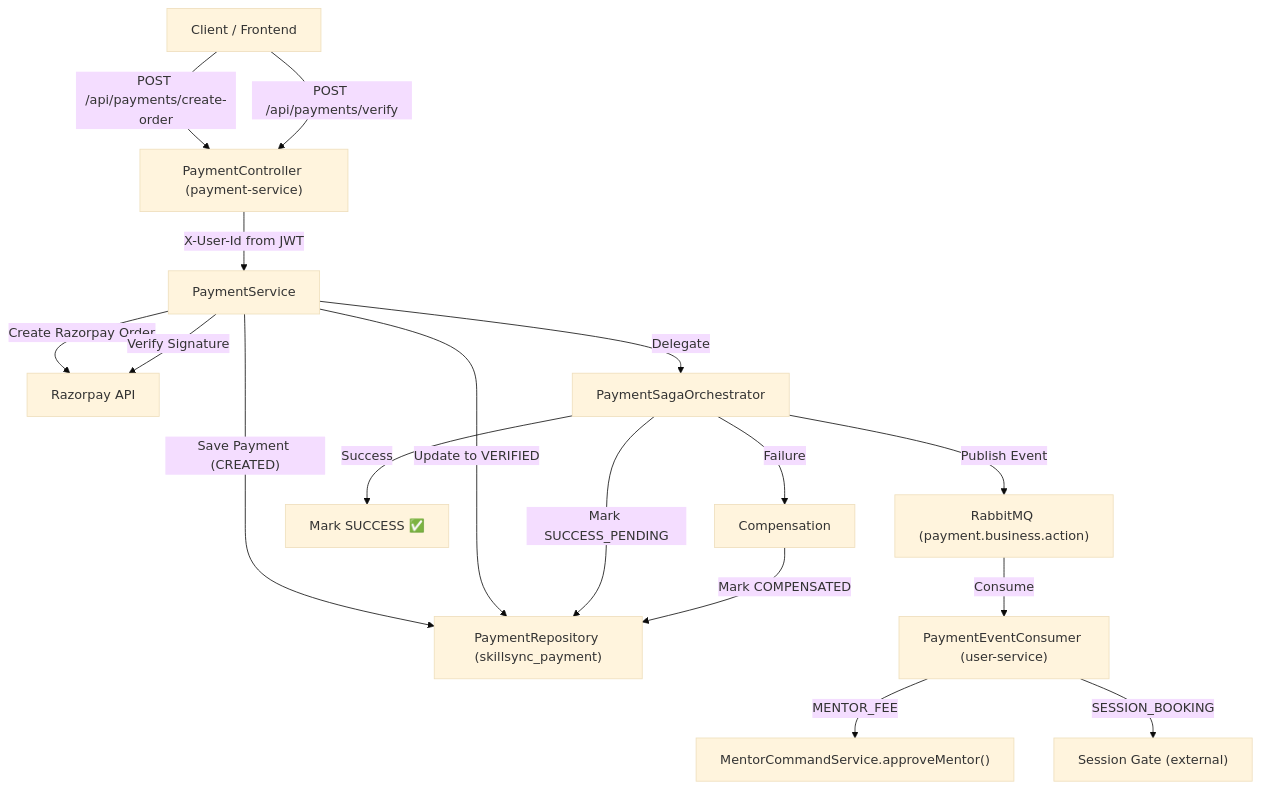
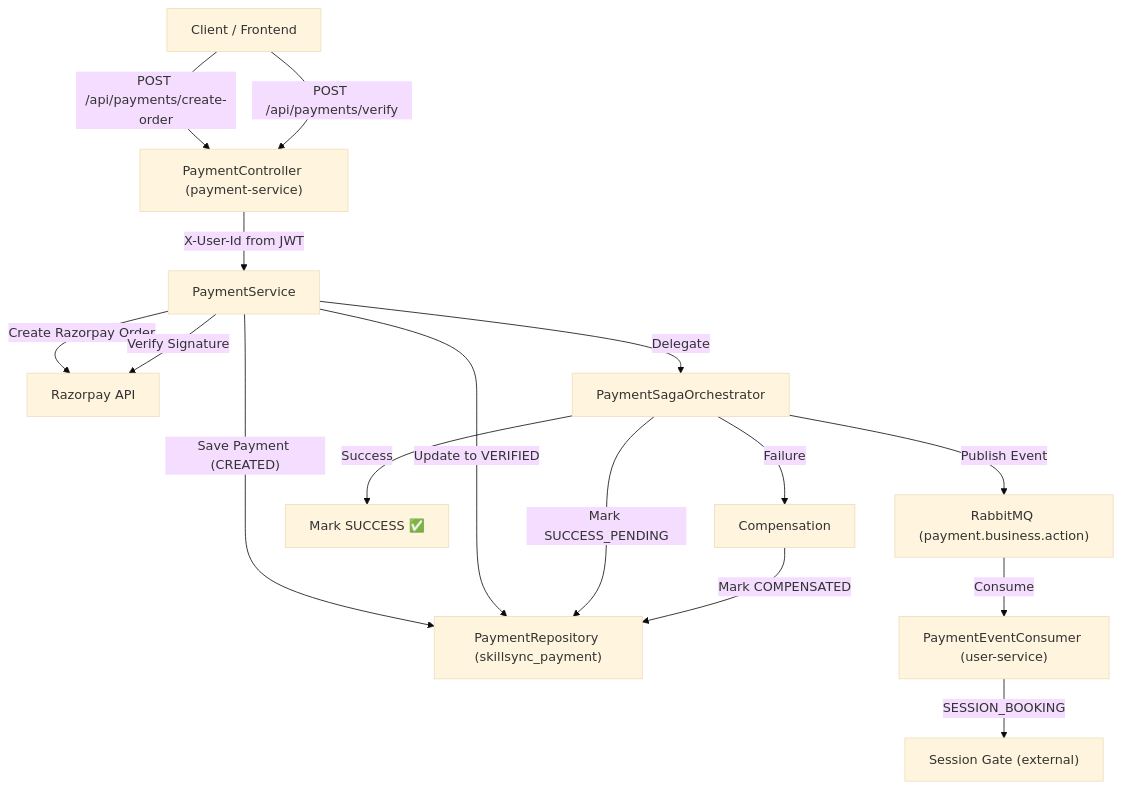
One commit to Anjan-Kumar-Sahoo/SkillSync changed the first of 2 diagrams in docs/payment_upgrade_summary.md. Above: the diagram before and after it, drawn with Mermaid (base theme). The commit also changed 29 other files, not shown here.

First line of the commit message:
refactor(payment): remove legacy MENTOR_FEE saga

````diff
--- a/docs/payment_upgrade_summary.md
+++ b/docs/payment_upgrade_summary.md
@@ -10,22 +10,21 @@
 ```mermaid
 graph TD
     A["Client / Frontend"] -->|"POST /api/payments/create-order"| B["PaymentController (payment-service)"]
     B -->|"X-User-Id from JWT"| C["PaymentService"]
     C -->|"Create Razorpay Order"| D["Razorpay API"]
     C -->|"Save Payment (CREATED)"| E["PaymentRepository (skillsync_payment)"]
     
     A -->|"POST /api/payments/verify"| B
     C -->|"Verify Signature"| D
     C -->|"Update to VERIFIED"| E
     C -->|"Delegate"| F["PaymentSagaOrchestrator"]
     
     F -->|"Mark SUCCESS_PENDING"| E
     F -->|"Publish Event"| MQ["RabbitMQ (payment.business.action)"]
     MQ -->|"Consume"| PEC["PaymentEventConsumer (user-service)"]
-    PEC -->|"MENTOR_FEE"| G["MentorCommandService.approveMentor()"]
     PEC -->|"SESSION_BOOKING"| H["Session Gate (external)"]
     
     F -->|"Success"| I["Mark SUCCESS ✅"]
     F -->|"Failure"| J["Compensation"]
     J -->|"Mark COMPENSATED"| E
 ```
````
